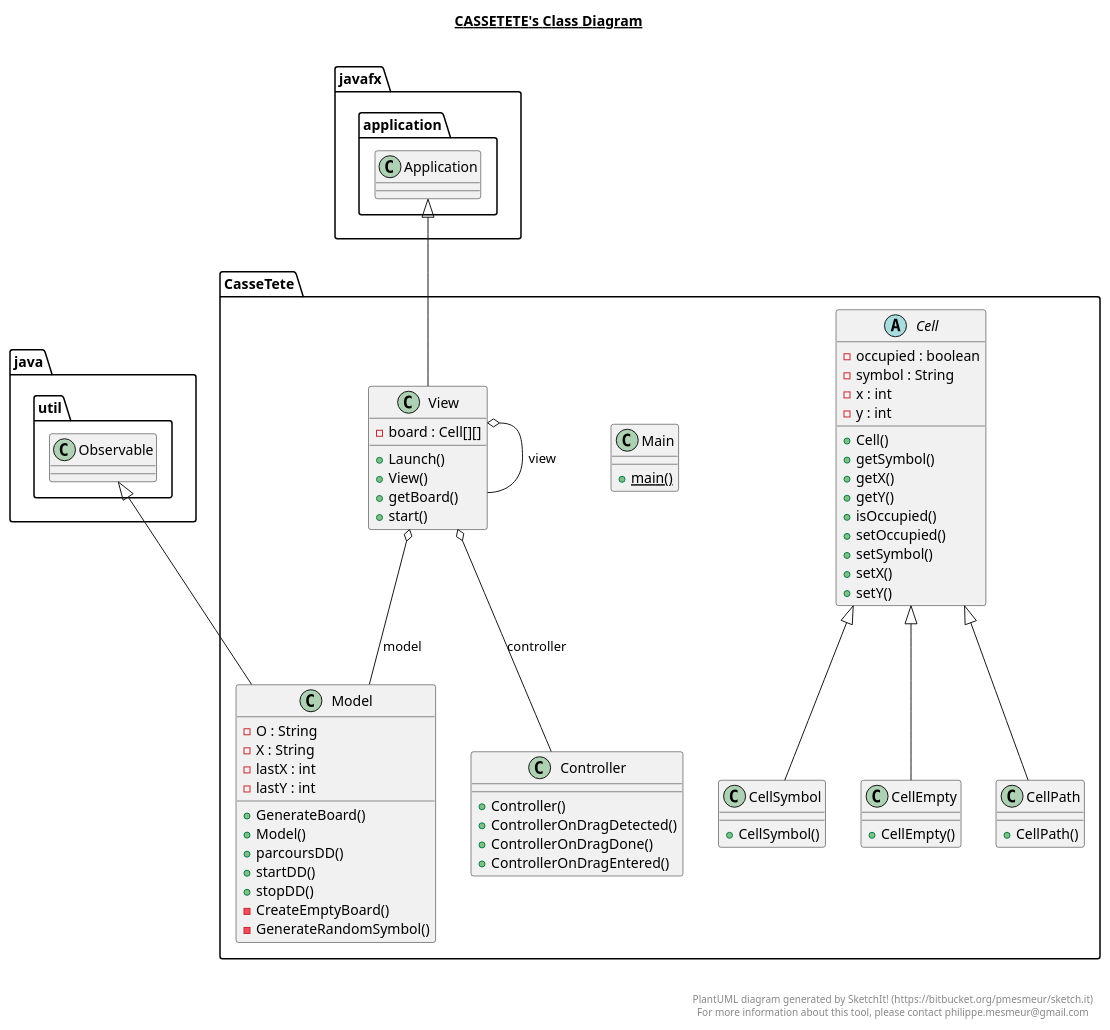
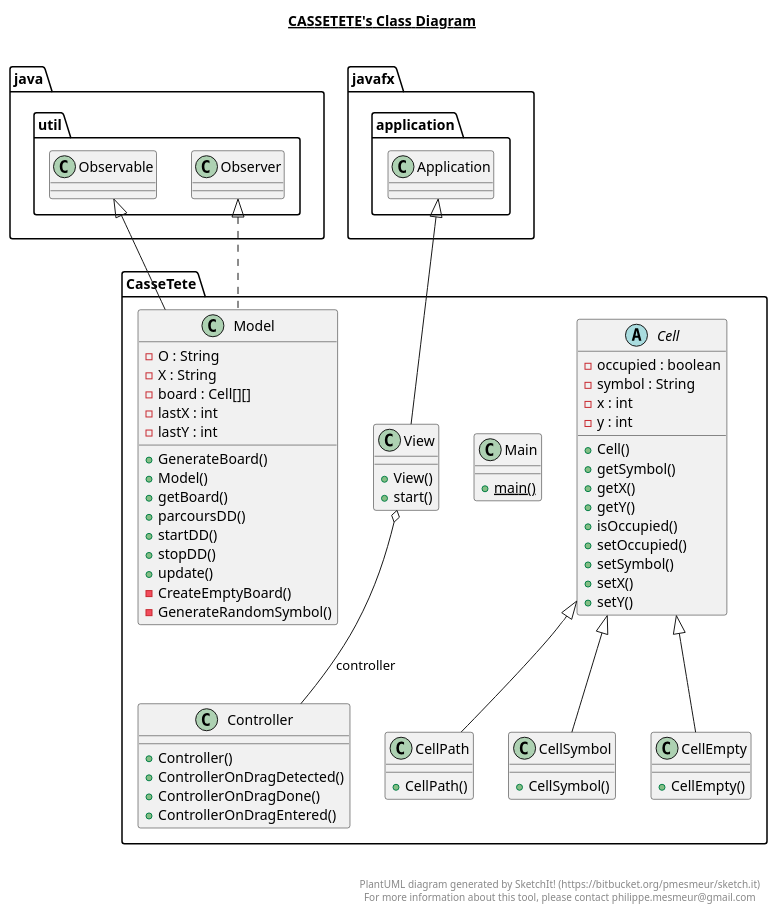
Before and after one commit to Mex21/CasseTete: the diagram in src/CasseTete/CasseTete.plantuml, drawn with PlantUML. The commit also changed 3 other files, not shown here.

Commit message:
Ajout: Cell class Model function for board generation

```diff
--- a/src/CasseTete/CasseTete.plantuml
+++ b/src/CasseTete/CasseTete.plantuml
@@ -1,107 +1,106 @@
 @startuml
 
 title __CASSETETE's Class Diagram__\n
 
   namespace CasseTete {
     abstract class CasseTete.Cell {
         - occupied : boolean
         - symbol : String
         - x : int
         - y : int
         + Cell()
         + getSymbol()
         + getX()
         + getY()
         + isOccupied()
         + setOccupied()
         + setSymbol()
         + setX()
         + setY()
     }
   }
   
 
   namespace CasseTete {
     class CasseTete.CellEmpty {
         + CellEmpty()
     }
   }
   
 
   namespace CasseTete {
     class CasseTete.CellPath {
         + CellPath()
     }
   }
   
 
   namespace CasseTete {
     class CasseTete.CellSymbol {
         + CellSymbol()
     }
   }
   
 
   namespace CasseTete {
     class CasseTete.Controller {
         + Controller()
         + ControllerOnDragDetected()
         + ControllerOnDragDone()
         + ControllerOnDragEntered()
     }
   }
   
 
   namespace CasseTete {
     class CasseTete.Main {
         {static} + main()
     }
   }
   
 
   namespace CasseTete {
     class CasseTete.Model {
         - O : String
         - X : String
+        - board : Cell[][]
         - lastX : int
         - lastY : int
         + GenerateBoard()
         + Model()
+        + getBoard()
         + parcoursDD()
         + startDD()
         + stopDD()
+        + update()
         - CreateEmptyBoard()
         - GenerateRandomSymbol()
     }
   }
   
 
   namespace CasseTete {
     class CasseTete.View {
-        - board : Cell[][]
-        + Launch()
         + View()
-        + getBoard()
         + start()
     }
   }
   
 
   CasseTete.CellEmpty -up-|> CasseTete.Cell
   CasseTete.CellPath -up-|> CasseTete.Cell
   CasseTete.CellSymbol -up-|> CasseTete.Cell
+  CasseTete.Model .up.|> java.util.Observer
   CasseTete.Model -up-|> java.util.Observable
   CasseTete.View -up-|> javafx.application.Application
   CasseTete.View o-- CasseTete.Controller : controller
-  CasseTete.View o-- CasseTete.Model : model
-  CasseTete.View o-- CasseTete.View : view
 
 
 right footer
 
 
 PlantUML diagram generated by SketchIt! (https://bitbucket.org/pmesmeur/sketch.it)
 For more information about this tool, please contact philippe.mesmeur@gmail.com
 endfooter
 
 @enduml
```
